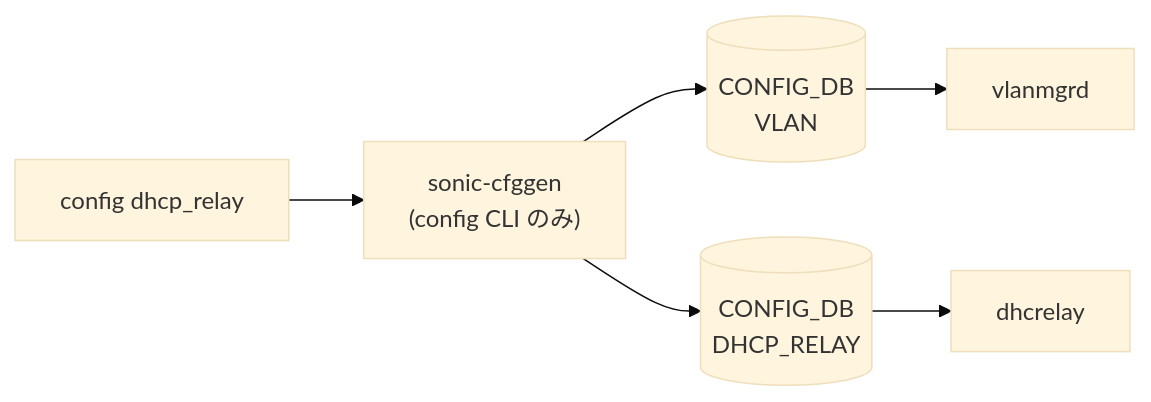
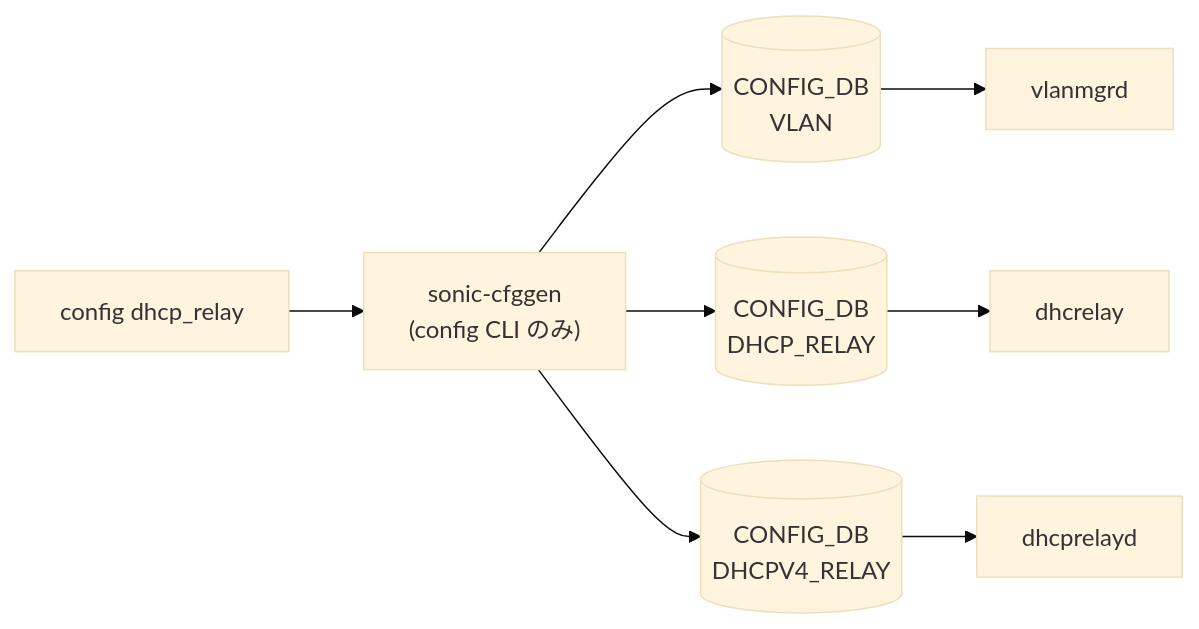
One commit to aoki-taquan/sonic-unofficial-docs changed the diagram in docs/reference/cli/config-dhcp-relay.md. Above: the diagram before and after it, drawn with Mermaid (base theme). The commit also changed 76 other files, not shown here.

First line of the commit message:
chore: expand CDB/CLI mermaid coverage to 119/122 and 52/73

````diff
--- a/docs/reference/cli/config-dhcp-relay.md
+++ b/docs/reference/cli/config-dhcp-relay.md
@@ -139,14 +139,18 @@
 ```mermaid
 flowchart LR
   CLI["config dhcp_relay"]
   SC["sonic-cfggen<br/>(config CLI のみ)"]
   CLI --> SC
   CDB0[("CONFIG_DB<br/>VLAN")]
   SC --> CDB0
   DM0["vlanmgrd"]
   CDB0 --> DM0
   CDB1[("CONFIG_DB<br/>DHCP_RELAY")]
   SC --> CDB1
   DM1["dhcrelay"]
   CDB1 --> DM1
+  CDB2[("CONFIG_DB<br/>DHCPV4_RELAY")]
+  SC --> CDB2
+  DM2["dhcprelayd"]
+  CDB2 --> DM2
 ```
````
